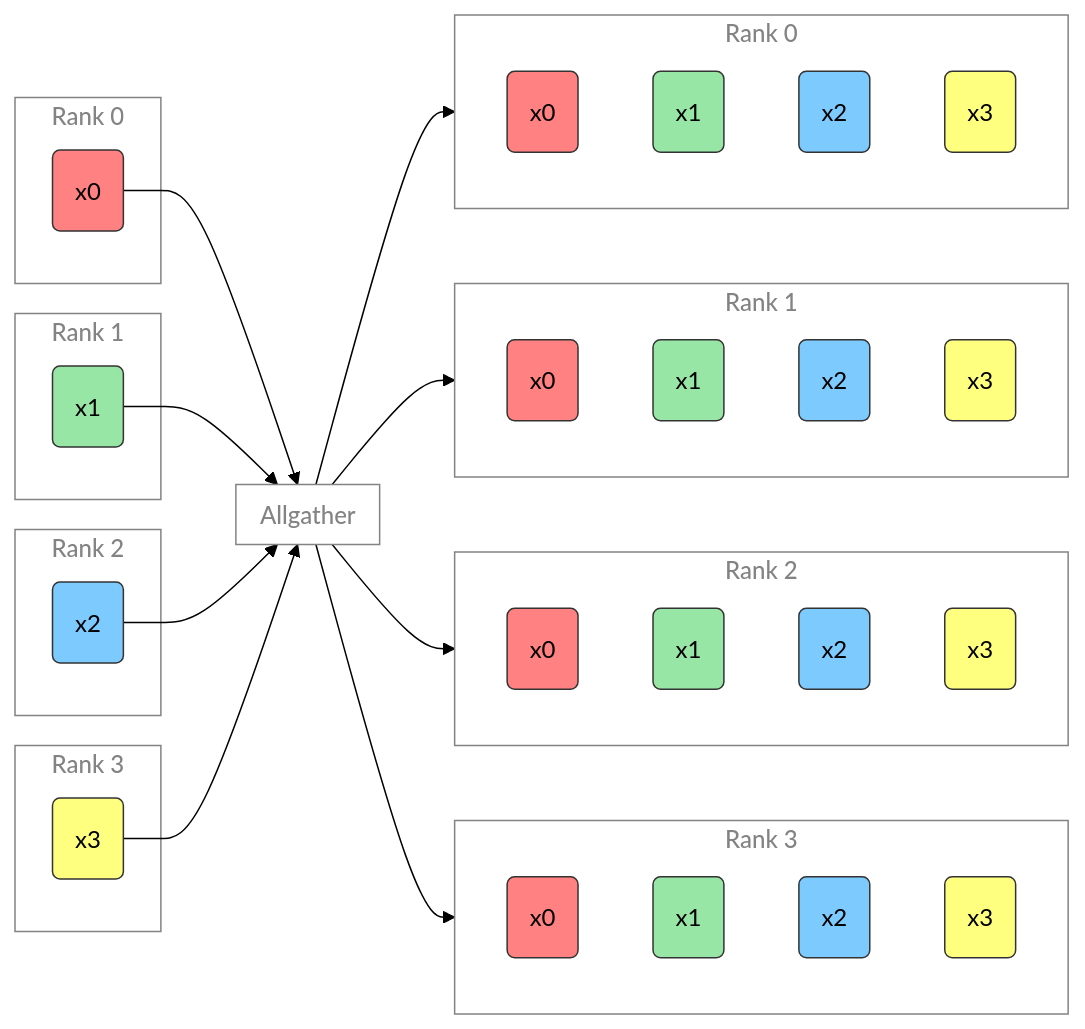
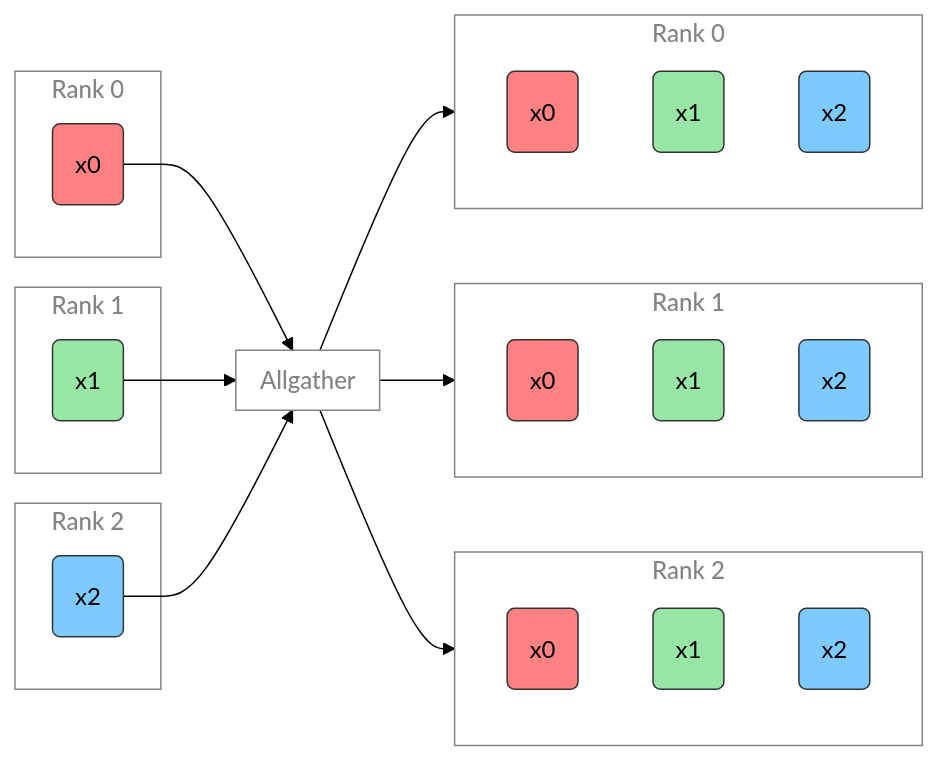
Before and after one commit to saforem2/personal_site: the ninth of 13 diagrams in docs/talks/ai-for-science-2024/ai-for-science-2024.md, drawn with Mermaid (forest theme). The commit also changed other lines of this file and 14 other files, not shown here.

````diff
--- a/docs/talks/ai-for-science-2024/ai-for-science-2024.md
+++ b/docs/talks/ai-for-science-2024/ai-for-science-2024.md
@@ -697,73 +620,58 @@
 ``` mermaid
 flowchart LR
   subgraph R0["`Rank 0`"]
     x0("`x0`")
   end
   subgraph R1["`Rank 1`"]
     x1("`x1`")
   end
   subgraph R2["`Rank 2`"]
     x2("`x2`")
   end
-  subgraph R3["`Rank 3`"]
-    x3("`x3`")
-  end
   subgraph AG["`Allgather`"]
     %%xp0["`z=[empty_like(x) for _ in range(4)]`"]
     %%xp1["`dist.all_gather(z, x)`"]
-  end
-  subgraph AG3["`Rank 3`"]
-    direction TB
-    xp03("`x0`")
-    xp13("`x1`")
-    xp23("`x2`")
-    xp33("`x3`")
   end
   subgraph AG2["`Rank 2`"]
     direction TB
     xp02("`x0`")
     xp12("`x1`")
     xp22("`x2`")
-    xp32("`x3`")
   end
   subgraph AG1["`Rank 1`"]
     direction TB
     xp01("`x0`")
     xp11("`x1`")
     xp21("`x2`")
-    xp31("`x3`")
   end
   subgraph AG0["`Rank 0`"]
     direction TB
     xp00("`x0`")
     xp10("`x1`")
     xp20("`x2`")
-    xp30("`x3`")
   end
   x0 --> AG
   x1 --> AG
   x2 --> AG
-  x3 --> AG
   AG --> AG0
   AG --> AG1
   AG --> AG2
-  AG --> AG3
 classDef red fill:#ff8181,stroke:#333,stroke-width:1px,color:#000
 classDef orange fill:#FFC47F,stroke:#333,stroke-width:1px,color:#000
 classDef yellow fill:#FFFF7F,stroke:#333,stroke-width:1px,color:#000
 classDef green fill:#98E6A5,stroke:#333,stroke-width:1px,color:#000
 classDef blue fill:#7DCAFF,stroke:#333,stroke-width:1px,color:#000
 classDef purple fill:#FFCBE6,stroke:#333,stroke-width:1px,color:#000
 classDef block fill:#CCCCCC02,stroke:#838383,stroke-width:1px,font-weight:500,color:#838383
 classDef text fill:#CCCCCC02,stroke:#838383,stroke-width:0px,color:#838383
 class xp0,xp1, text
 class AG0,AG1,AG2,AG3,AG,R0,R1,R2,R3, block
 class xp00,xp01,xp02,xp03, red
 class xp10,xp11,xp12,xp13, green
 class xp20,xp21,xp22,xp23, blue
 class xp30,xp31,xp32,xp33, yellow
 class x0, red
 class x1, green
 class x2, blue
 class x3, yellow
 ```
````
